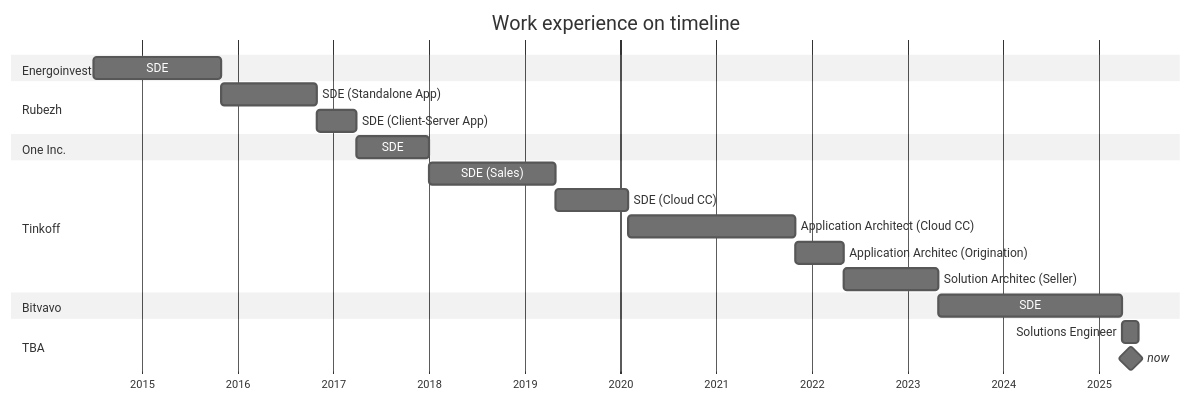
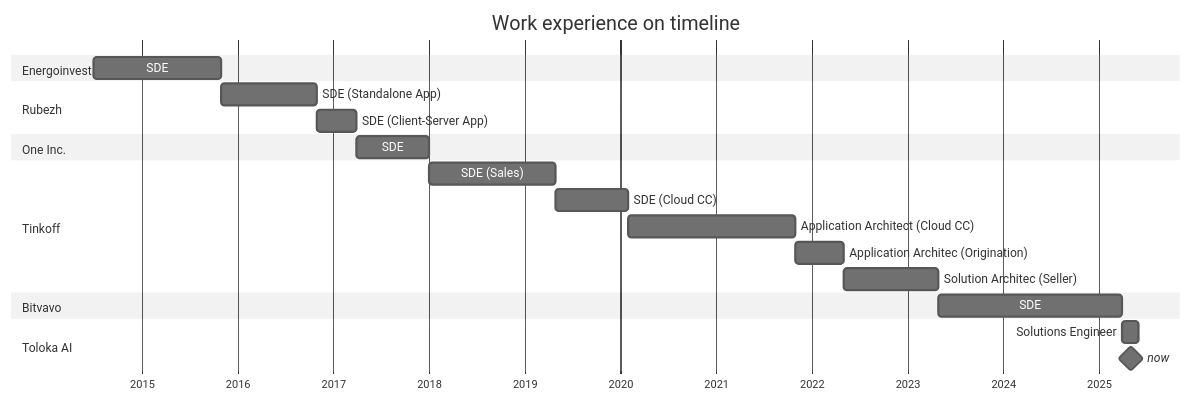
Before and after one commit to vladar107/vladar107: the diagram in cv.md, drawn with Mermaid (neutral theme). The commit also changed other lines of this file, not shown here.

````diff
--- a/cv.md
+++ b/cv.md
@@ -26,31 +26,31 @@
 ```mermaid
 gantt
     title Work experience on timeline
     dateFormat  YYYY-MM
     axisFormat  %Y
     todayMarker stroke-width:5px, opacity:0.75
     
     section Energoinvest
     SDE                                 :sd1, 2014-07, 2015-11
     
     section Rubezh
     SDE (Standalone App)                :sd2, after sd1, 2016-11
     SDE (Client-Server App)             :sd3, after sd2, 2017-04
     
     section One Inc.
     SDE                                 :sd4, after sd3, 2018-01
     
     section Tinkoff
     SDE (Sales)                         :sd5, after sd4, 2019-05
     SDE (Cloud CC)                      :sd6, after sd5, 2020-02
     Application Architect (Cloud CC)    :tl1, after sd6, 2021-11
     Application Architec (Origination)  :tl2, after tl1, 2022-05
     Solution Architec (Seller)          :tl3, after tl2, 2023-05
 
     section Bitvavo
     SDE                                 :sd7, after tl3, 2025-04
 
-    section TBA
+    section Toloka AI
     Solutions Engineer                  :se1, after sd7, 2025-06
     now                                 :milestone, 2025-05, 1s
 ```
````
